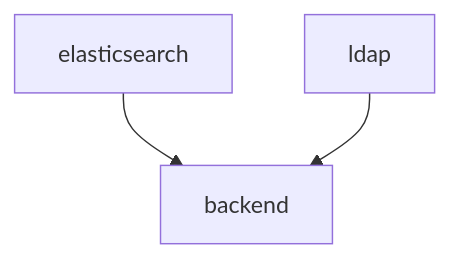
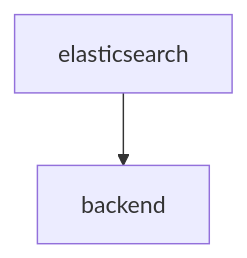
One commit to SciCatProject/scicatlive changed the diagram in services/backend/services/v4/README.md. Above: the diagram before and after it, drawn with Mermaid. The commit also changed other lines of this file and 4 other files, not shown here.

````diff
--- a/services/backend/services/v4/README.md
+++ b/services/backend/services/v4/README.md
@@ -35,5 +34,4 @@
 ```mermaid
 graph TD
     elasticsearch --> backend
-    ldap --> backend
 ```
````
